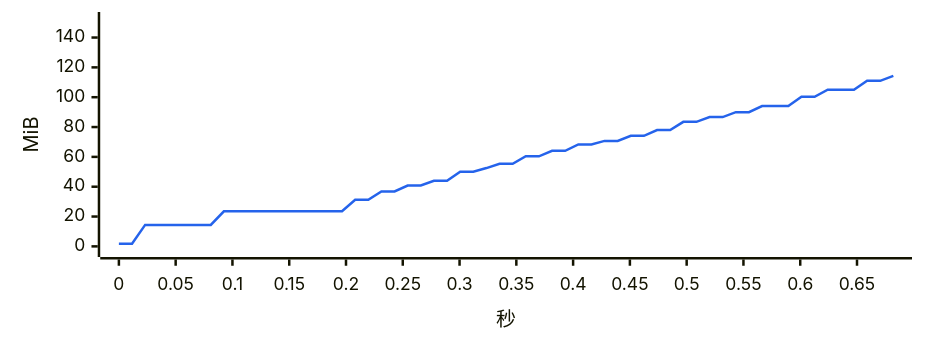
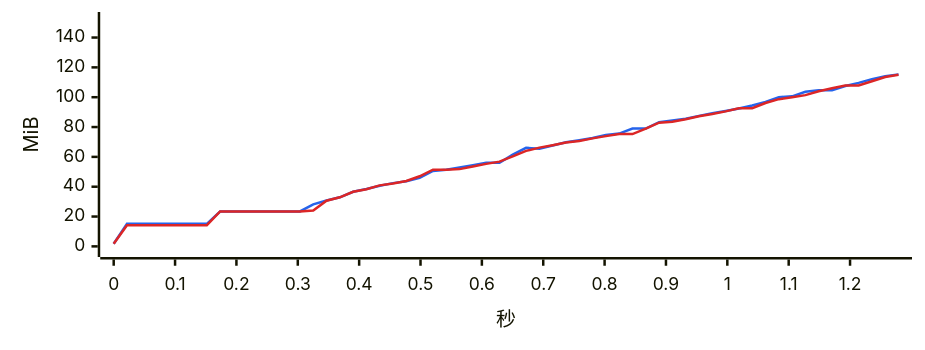
One commit to 334456777/WeFlow changed the ninth of 17 diagrams in bench/v4.0.0/summary.md. Above: the diagram before and after it, drawn with Mermaid. The commit also changed other lines of this file and 3 other files, not shown here.

````diff
--- a/bench/v4.0.0/summary.md
+++ b/bench/v4.0.0/summary.md
@@ -369,7 +375,8 @@
 ```mermaid
-%%{init: {"xyChart": {"width": 720, "height": 260}, "themeVariables": {"xyChart": {"plotColorPalette": "#2563eb"}}}}%%
+%%{init: {"xyChart": {"width": 720, "height": 260}, "themeVariables": {"xyChart": {"plotColorPalette": "#2563eb, #dc2626"}}}}%%
 xychart-beta
-    x-axis "秒" 0 --> 0.682
+    x-axis "秒" 0 --> 1.279
     y-axis "MiB" 0 --> 150
-    line [1.8, 1.8, 14.4, 14.4, 14.4, 14.4, 14.4, 14.4, 23.5, 23.5, 23.5, 23.5, 23.5, 23.5, 23.5, 23.5, 23.6, 23.6, 31.3, 31.3, 36.8, 36.8, 40.8, 40.8, 44.0, 44.0, 50.1, 50.1, 52.5, 55.4, 55.4, 60.4, 60.4, 64.1, 64.1, 68.3, 68.3, 70.7, 70.7, 74.1, 74.1, 78.0, 78.0, 83.5, 83.5, 86.7, 86.7, 90.0, 90.0, 94.1, 94.1, 94.1, 100.3, 100.3, 105.0, 105.0, 105.0, 111.0, 111.0, 114.3]
+    line [1.8, 15.1, 15.1, 15.1, 15.1, 15.1, 15.1, 15.1, 23.4, 23.4, 23.4, 23.4, 23.4, 23.4, 23.4, 28.2, 30.7, 32.9, 36.6, 38.5, 40.7, 42.4, 43.7, 45.9, 50.6, 51.3, 52.9, 54.4, 56.0, 56.0, 61.5, 66.1, 65.4, 67.6, 69.8, 71.1, 72.6, 74.7, 75.6, 79.0, 79.0, 83.3, 84.4, 85.5, 87.5, 89.2, 90.8, 92.4, 94.4, 96.9, 100.0, 100.6, 103.6, 104.7, 104.7, 107.5, 109.6, 112.1, 114.0, 115.3]
+    line [1.8, 14.2, 14.2, 14.2, 14.2, 14.2, 14.2, 14.2, 23.4, 23.4, 23.4, 23.4, 23.4, 23.4, 23.4, 24.0, 30.6, 32.9, 36.6, 38.3, 40.9, 42.2, 43.8, 47.0, 51.4, 51.4, 51.8, 53.6, 55.3, 56.8, 60.3, 64.0, 66.2, 67.8, 69.6, 70.6, 72.4, 73.9, 75.3, 75.3, 78.9, 82.9, 83.5, 85.2, 87.2, 88.7, 90.5, 92.6, 92.6, 96.1, 98.7, 100.0, 101.4, 104.0, 106.0, 107.9, 107.9, 110.7, 113.5, 115.1]
 ```
````
